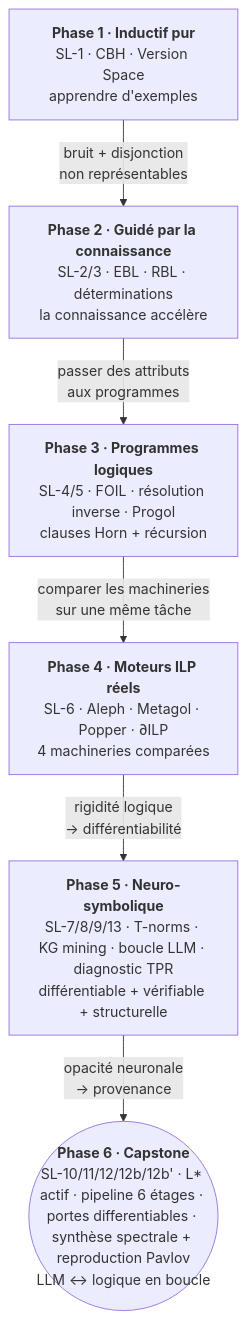
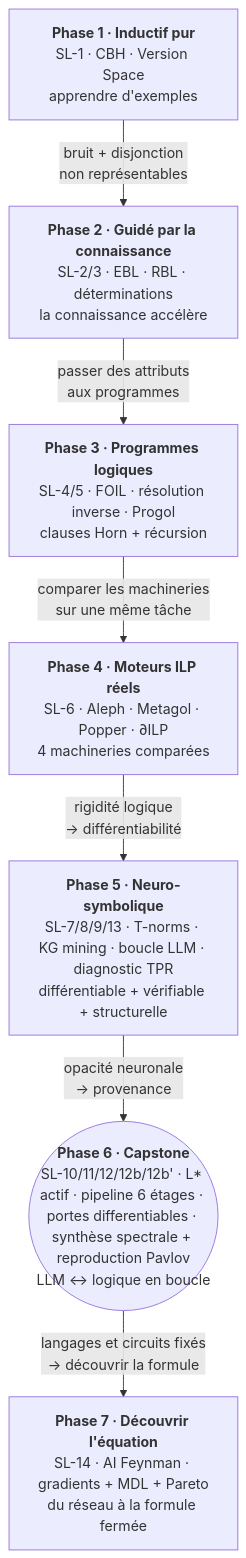
Before and after one commit to jsboige/CoursIA: the diagram in MyIA.AI.Notebooks/SymbolicAI/SymbolicLearning/README.md, drawn with Mermaid. The commit also changed other lines of this file and 4 other files, not shown here.

First line of the commit message:
feat(sl,#16745): notebook SL-14 AI Feynman — découvrir des équations

````diff
--- a/MyIA.AI.Notebooks/SymbolicAI/SymbolicLearning/README.md
+++ b/MyIA.AI.Notebooks/SymbolicAI/SymbolicLearning/README.md
@@ -102,14 +104,16 @@
 ```mermaid
 flowchart TD
     P1["<b>Phase 1 · Inductif pur</b><br/>SL-1 · CBH · Version Space<br/>apprendre d'exemples"]
     P2["<b>Phase 2 · Guidé par la connaissance</b><br/>SL-2/3 · EBL · RBL · déterminations<br/>la connaissance accélère"]
     P3["<b>Phase 3 · Programmes logiques</b><br/>SL-4/5 · FOIL · résolution inverse · Progol<br/>clauses Horn + récursion"]
     P4["<b>Phase 4 · Moteurs ILP réels</b><br/>SL-6 · Aleph · Metagol · Popper · ∂ILP<br/>4 machineries comparées"]
     P5["<b>Phase 5 · Neuro-symbolique</b><br/>SL-7/8/9/13 · T-norms · KG mining · boucle LLM · diagnostic TPR<br/>différentiable + vérifiable + structurelle"]
     P6(("<b>Phase 6 · Capstone</b><br/>SL-10/11/12/12b/12b' · L* actif · pipeline 6 étages · portes differentiables · synthèse spectrale + reproduction Pavlov<br/>LLM ↔ logique en boucle"))
+    P7["<b>Phase 7 · Découvrir l'équation</b><br/>SL-14 · AI Feynman · gradients + MDL + Pareto<br/>du réseau à la formule fermée"]
     P1 -->|"bruit + disjonction<br/>non représentables"| P2
     P2 -->|"passer des attributs<br/>aux programmes"| P3
     P3 -->|"comparer les machineries<br/>sur une même tâche"| P4
     P4 -->|"rigidité logique<br/>→ différentiabilité"| P5
     P5 -->|"opacité neuronale<br/>→ provenance"| P6
+    P6 -->|"langages et circuits fixés<br/>→ découvrir la formule"| P7
 ```
````
